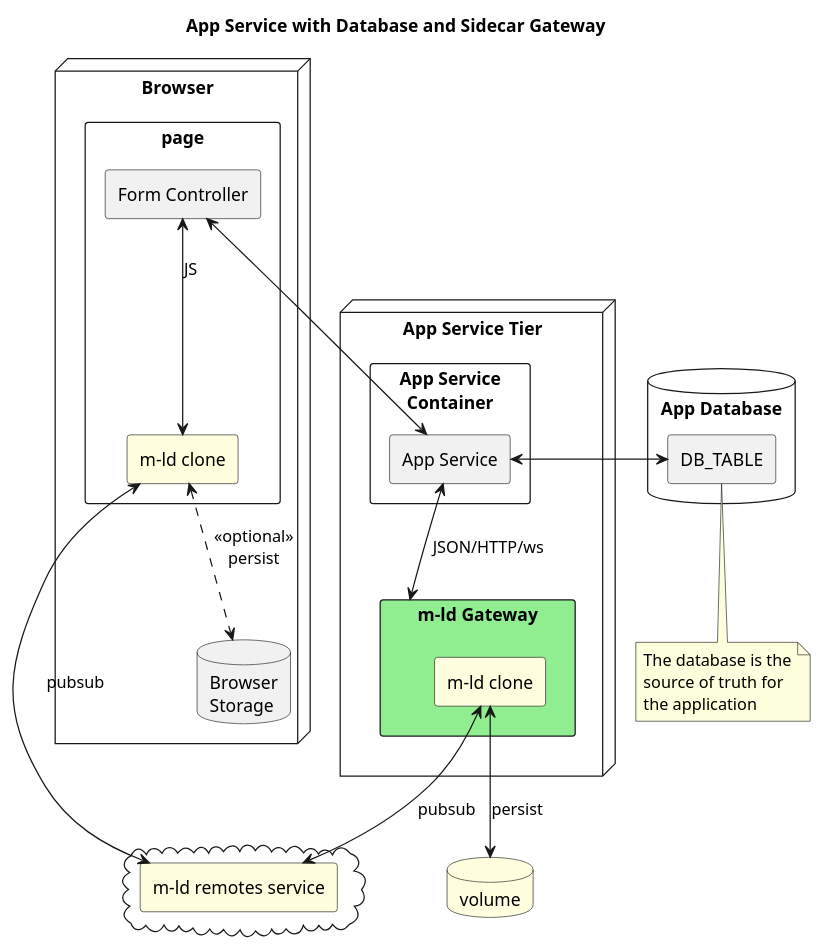
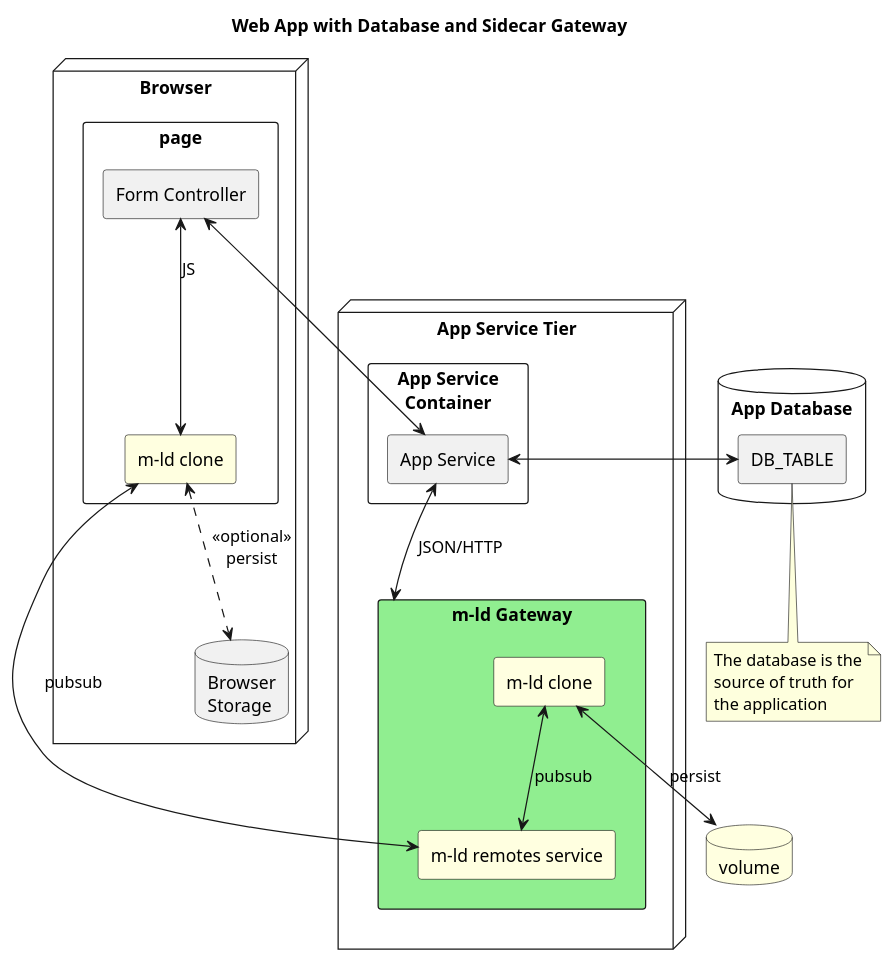
The diagram in architecture/deploy/service-local.component.puml (m-ld/m-ld-gateway), drawn with PlantUML before and after one commit. The commit also changed 25 other files, not shown here.

```diff
--- a/architecture/deploy/service-local.component.puml
+++ b/architecture/deploy/service-local.component.puml
@@ -1,48 +1,45 @@
 @startuml
 'https://plantuml.com/component-diagram
 skinparam componentStyle rectangle
 
-title App Service with Database and Sidecar Gateway
+title Web App with Database and Sidecar Gateway
 
 node Browser {
   database "Browser\nStorage" as bs
   component page {
     component "m-ld clone" as jsClone #lightyellow
     jsClone <..> bs : <<optional>>\npersist
     component "Form Controller" as form
     form <--> jsClone : JS
   }
 }
 
 node "App Service Tier" {
   component "App Service\nContainer" {
     component [App Service] as app
   }
   component "m-ld Gateway" as gw #lightgreen {
     component "m-ld clone" as gwClone #lightyellow
+    component "m-ld remotes service" as remotes #lightyellow
   }
 }
 
 database volume #lightyellow
-
-cloud {
-  component "m-ld remotes service" as remotes #lightyellow
-}
 
 database "App Database" {
   [DB_TABLE]
 }
 note bottom
 The database is the
 source of truth for
 the application
 end note
 
 form <--> app
-app <--> gw : JSON/HTTP/ws
+app <--> gw : JSON/HTTP
 app <-> DB_TABLE
 jsClone <--> remotes : pubsub
 gwClone <--> volume : persist
 gwClone <--> remotes : pubsub
 
 @enduml
```
